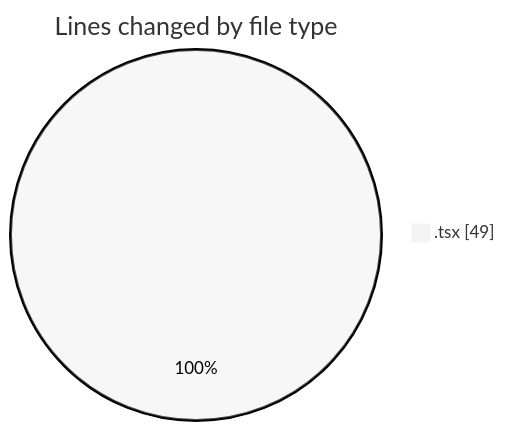
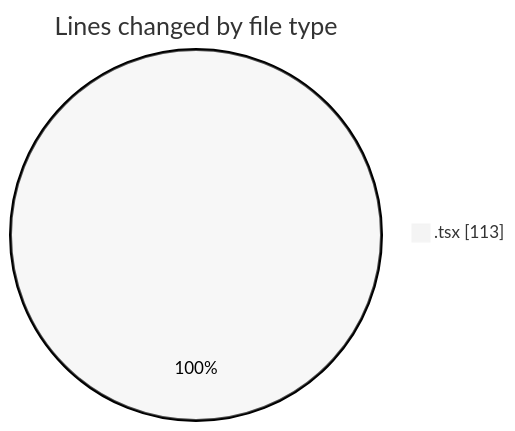
The first of 2 diagrams in 2026-04-06/airfeed-analytics-dashboard/README.md (nxtqubesakshisongat/code-tracking), drawn with Mermaid (neutral theme) before and after one commit. The commit also changed other lines of this file and 1 other file, not shown here.

````diff
--- a/2026-04-06/airfeed-analytics-dashboard/README.md
+++ b/2026-04-06/airfeed-analytics-dashboard/README.md
@@ -20,5 +23,5 @@
 ```mermaid
 pie showData
 title Lines changed by file type
-".tsx" : 49
+".tsx" : 113
 ```
````
